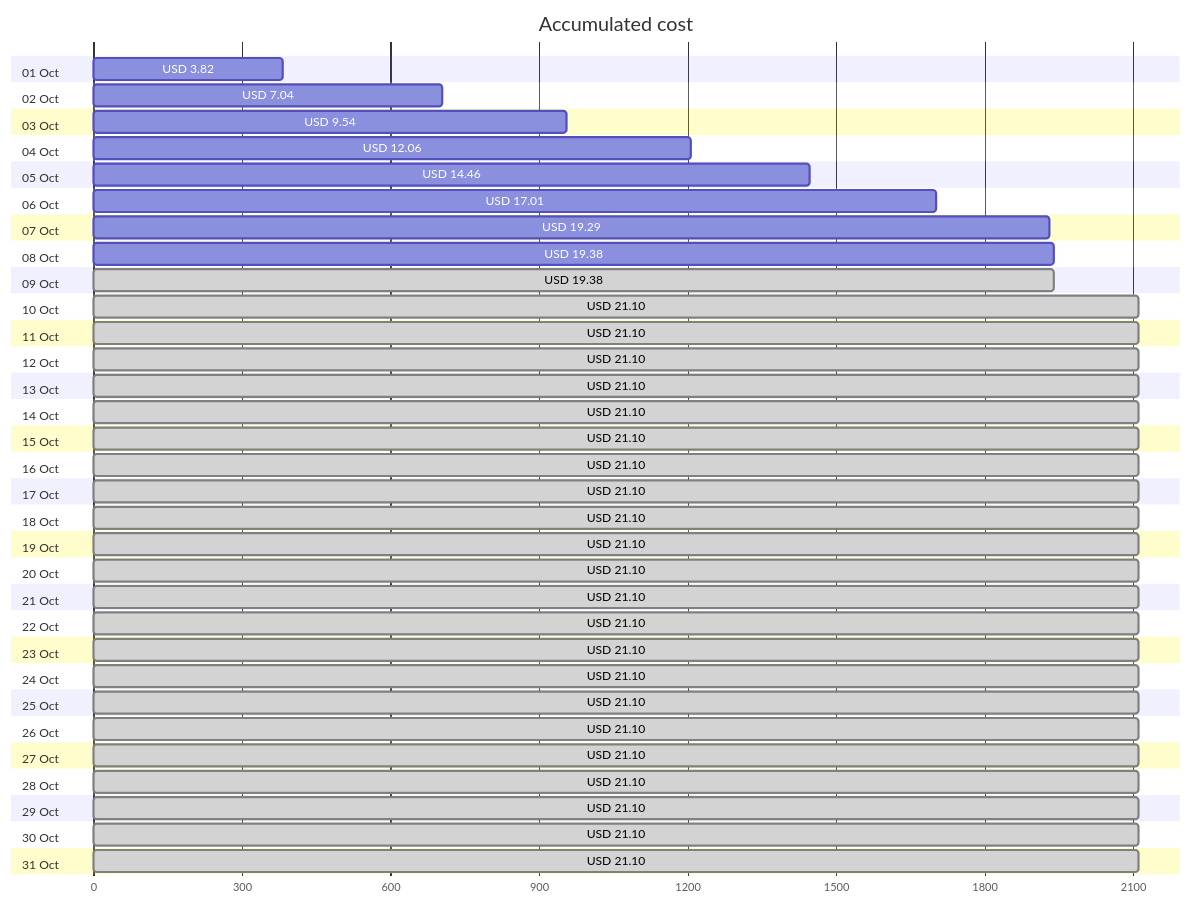
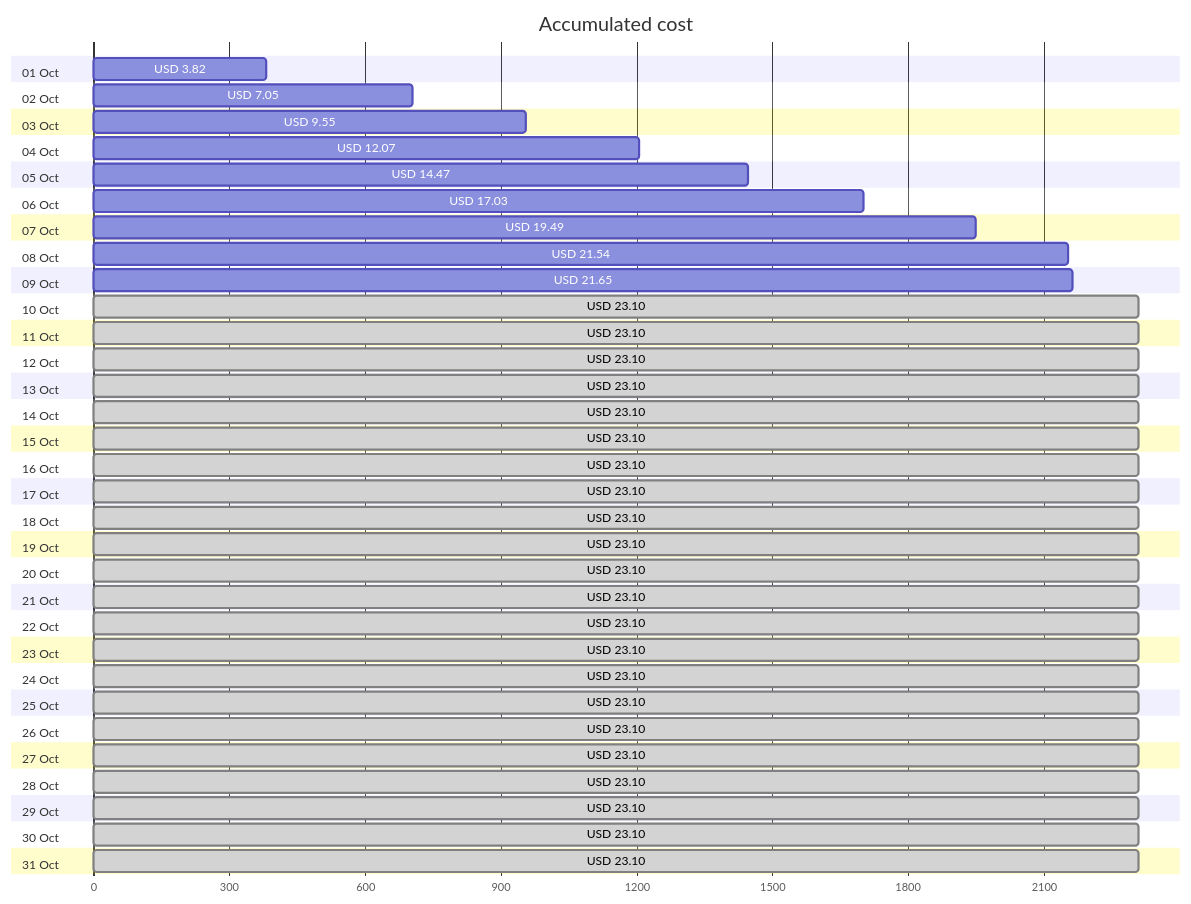
One commit to jpfulton/azure-personal-reports changed the first of 4 diagrams in cost-reports/accumulated-cost.md. Above: the diagram before and after it, drawn with Mermaid. The commit also changed other lines of this file and 4 other files, not shown here.

````diff
--- a/cost-reports/accumulated-cost.md
+++ b/cost-reports/accumulated-cost.md
@@ -20,68 +20,68 @@
 ```mermaid
 gantt
    title Accumulated cost
    dateFormat  X
    axisFormat %s
    section 01 Oct
    USD 3.82 :0, 382
    section 02 Oct
-   USD 7.04 :0, 704
+   USD 7.05 :0, 705
    section 03 Oct
-   USD 9.54 :0, 954
+   USD 9.55 :0, 955
    section 04 Oct
-   USD 12.06 :0, 1206
+   USD 12.07 :0, 1207
    section 05 Oct
-   USD 14.46 :0, 1446
+   USD 14.47 :0, 1447
    section 06 Oct
-   USD 17.01 :0, 1701
+   USD 17.03 :0, 1703
    section 07 Oct
-   USD 19.29 :0, 1929
+   USD 19.49 :0, 1949
    section 08 Oct
-   USD 19.38 :0, 1938
+   USD 21.54 :0, 2154
    section 09 Oct
-   USD 19.38 : done, 0, 1938
+   USD 21.65 :0, 2165
    section 10 Oct
-   USD 21.10 : done, 0, 2110
+   USD 23.10 : done, 0, 2310
    section 11 Oct
-   USD 21.10 : done, 0, 2110
+   USD 23.10 : done, 0, 2310
    section 12 Oct
-   USD 21.10 : done, 0, 2110
+   USD 23.10 : done, 0, 2310
    section 13 Oct
-   USD 21.10 : done, 0, 2110
+   USD 23.10 : done, 0, 2310
    section 14 Oct
-   USD 21.10 : done, 0, 2110
+   USD 23.10 : done, 0, 2310
    section 15 Oct
-   USD 21.10 : done, 0, 2110
+   USD 23.10 : done, 0, 2310
    section 16 Oct
-   USD 21.10 : done, 0, 2110
+   USD 23.10 : done, 0, 2310
    section 17 Oct
-   USD 21.10 : done, 0, 2110
+   USD 23.10 : done, 0, 2310
    section 18 Oct
-   USD 21.10 : done, 0, 2110
+   USD 23.10 : done, 0, 2310
    section 19 Oct
-   USD 21.10 : done, 0, 2110
+   USD 23.10 : done, 0, 2310
    section 20 Oct
-   USD 21.10 : done, 0, 2110
+   USD 23.10 : done, 0, 2310
    section 21 Oct
-   USD 21.10 : done, 0, 2110
+   USD 23.10 : done, 0, 2310
    section 22 Oct
-   USD 21.10 : done, 0, 2110
+   USD 23.10 : done, 0, 2310
    section 23 Oct
-   USD 21.10 : done, 0, 2110
+   USD 23.10 : done, 0, 2310
    section 24 Oct
-   USD 21.10 : done, 0, 2110
+   USD 23.10 : done, 0, 2310
    section 25 Oct
-   USD 21.10 : done, 0, 2110
+   USD 23.10 : done, 0, 2310
    section 26 Oct
-   USD 21.10 : done, 0, 2110
+   USD 23.10 : done, 0, 2310
    section 27 Oct
-   USD 21.10 : done, 0, 2110
+   USD 23.10 : done, 0, 2310
    section 28 Oct
-   USD 21.10 : done, 0, 2110
+   USD 23.10 : done, 0, 2310
    section 29 Oct
-   USD 21.10 : done, 0, 2110
+   USD 23.10 : done, 0, 2310
    section 30 Oct
-   USD 21.10 : done, 0, 2110
+   USD 23.10 : done, 0, 2310
    section 31 Oct
-   USD 21.10 : done, 0, 2110
+   USD 23.10 : done, 0, 2310
 ```
````
